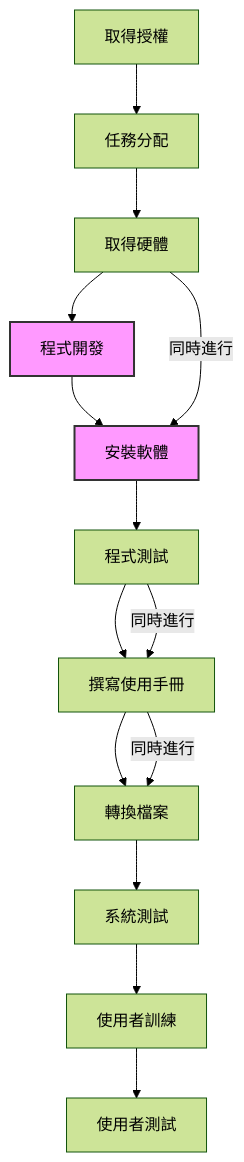
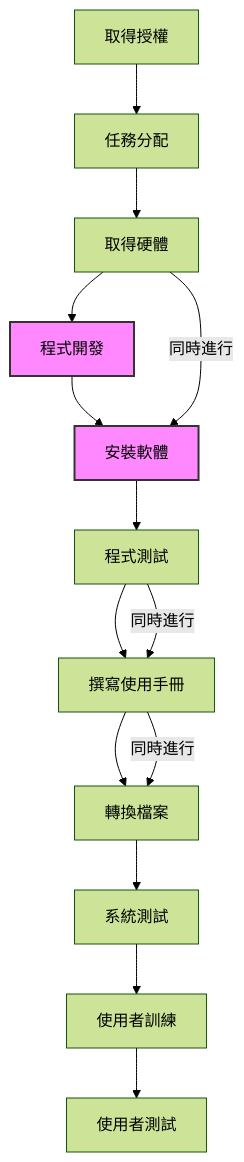
Before and after one commit to Jarory/113-1A-HomeWork: the second of 3 diagrams in HW2.md, drawn with Mermaid (forest theme).

````diff
--- a/HW2.md
+++ b/HW2.md
@@ -26,22 +26,22 @@
 ```mermaid
 graph TD
     A[取得授權] --> B[任務分配]
     B --> C[取得硬體]
     C --> D[程式開發]
     D --> E[安裝軟體]
     E --> F[程式測試]
     F --> G[撰寫使用手冊]
     G --> H[轉換檔案]
     H --> I[系統測試]
     I --> J[使用者訓練]
     J --> K[使用者測試]
 
-    style D fill:#f9f,stroke:#333,stroke-width:2px
-    style E fill:#f9f,stroke:#333,stroke-width:2px
+    style D fill:#f8f,stroke:#333,stroke-width:2px
+    style E fill:#f8f,stroke:#333,stroke-width:2px
 
     C -->|同時進行| E
     G -->|同時進行| H
     F -->|同時進行| G
 
 
 ```
````
